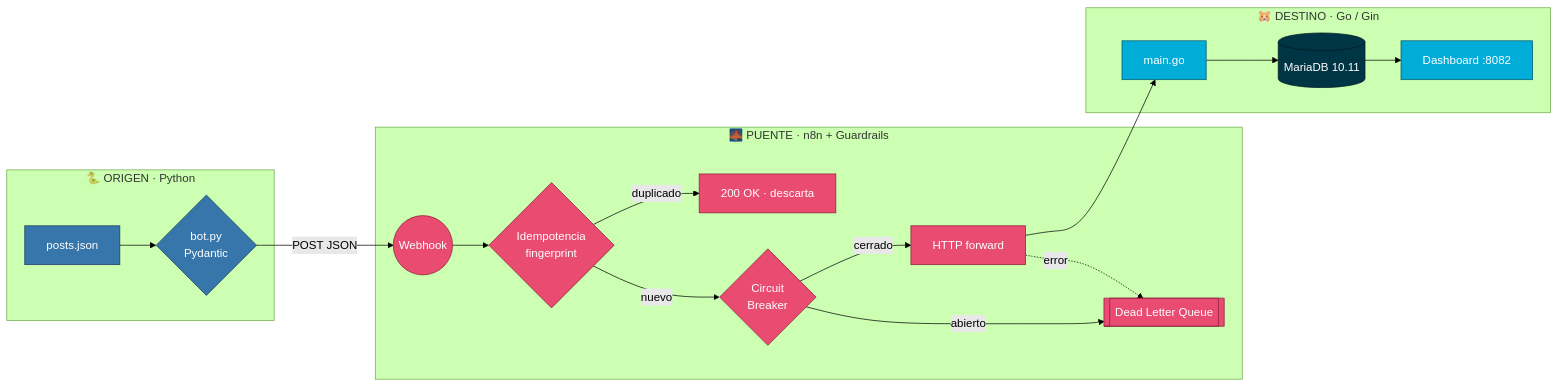
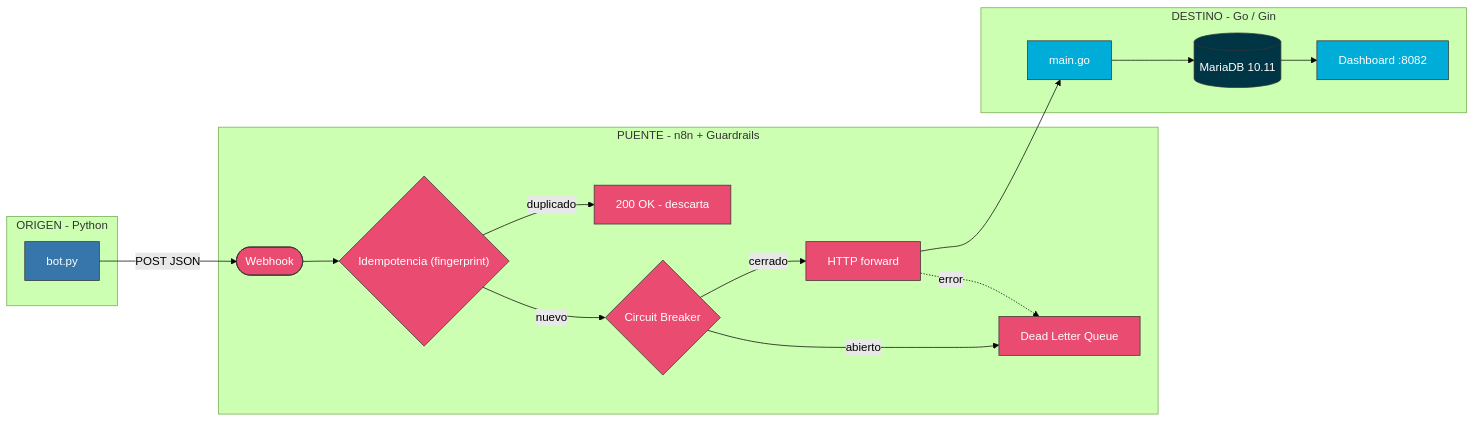
The first of 2 diagrams in cases/02-python-to-go/ARCHITECTURE.md (vladimiracunadev-create/social-bot-scheduler), drawn with Mermaid (forest theme) before and after one commit. The commit also changed other lines of this file and 8 other files, not shown here.

First line of the commit message:
fix(diagrams): Mermaid compatible con GitHub (securityLevel strict)

````diff
--- a/cases/02-python-to-go/ARCHITECTURE.md
+++ b/cases/02-python-to-go/ARCHITECTURE.md
@@ -29,32 +29,32 @@
 ```mermaid
 flowchart LR
-    subgraph ORIGIN["🐍 ORIGEN · Python"]
-        A[posts.json] --> B{bot.py<br/>Pydantic}
+    subgraph ORIGIN["ORIGEN - Python"]
+        B["bot.py"]
     end
 
-    subgraph BRIDGE["🌉 PUENTE · n8n + Guardrails"]
-        C((Webhook)) --> IDEM{Idempotencia<br/>fingerprint}
-        IDEM -- duplicado --> DISCARD[200 OK · descarta]
-        IDEM -- nuevo --> CB{Circuit<br/>Breaker}
-        CB -- cerrado --> FWD[HTTP forward]
-        CB -- abierto --> DLQ[[Dead Letter Queue]]
+    subgraph BRIDGE["PUENTE - n8n + Guardrails"]
+        C(["Webhook"]) --> IDEM{"Idempotencia (fingerprint)"}
+        IDEM -->|duplicado| DISCARD["200 OK - descarta"]
+        IDEM -->|nuevo| CBK{"Circuit Breaker"}
+        CBK -->|cerrado| FWD["HTTP forward"]
+        CBK -->|abierto| DLQ["Dead Letter Queue"]
     end
 
-    subgraph DEST["🐹 DESTINO · Go / Gin"]
-        FWD --> H[main.go]
-        H --> DB[(MariaDB 10.11)]
-        DB --> DASH[Dashboard :8082]
+    subgraph DEST["DESTINO - Go / Gin"]
+        FWD --> H["main.go"]
+        H --> DB[("MariaDB 10.11")]
+        DB --> DASH["Dashboard :8082"]
     end
 
-    B -- POST JSON --> C
-    FWD -. error .-> DLQ
+    B -->|POST JSON| C
+    FWD -.->|error| DLQ
 
-    classDef origin fill:#3776AB,stroke:#1b3a5c,color:#fff
-    classDef bridge fill:#EA4B71,stroke:#8c1c38,color:#fff
-    classDef dest fill:#00ADD8,stroke:#00566b,color:#fff
-    classDef db fill:#003545,stroke:#001a22,color:#fff
-    class A,B origin
-    class C,IDEM,CB,FWD,DLQ,DISCARD bridge
+    classDef origin fill:#3776AB,stroke:#333,color:#fff
+    classDef bridge fill:#EA4B71,stroke:#333,color:#fff
+    classDef dest fill:#00ADD8,stroke:#333,color:#fff
+    classDef db fill:#003545,stroke:#333,color:#fff
+    class B origin
+    class C,IDEM,CBK,FWD,DLQ,DISCARD bridge
     class H,DASH dest
     class DB db
 ```
````
